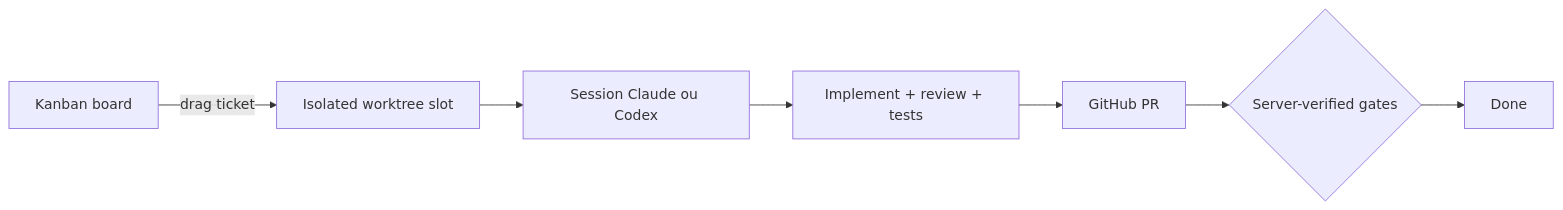
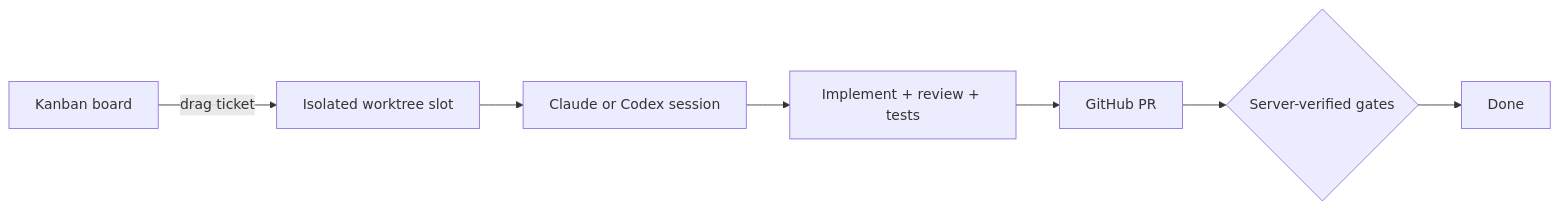
The diagram in README.md (Antune-L/atelier), drawn with Mermaid before and after one commit. The commit also changed other lines of this file and 21 other files, not shown here.

````diff
--- a/README.md
+++ b/README.md
@@ -51,9 +51,9 @@
 ```mermaid
 flowchart LR
     A[Kanban board] -->|drag ticket| B[Isolated worktree slot]
-    B --> C[Session Claude ou Codex]
+    B --> C[Claude or Codex session]
     C --> D[Implement + review + tests]
     D --> E[GitHub PR]
     E --> F{Server-verified gates}
     F --> G[Done]
 ```
````
